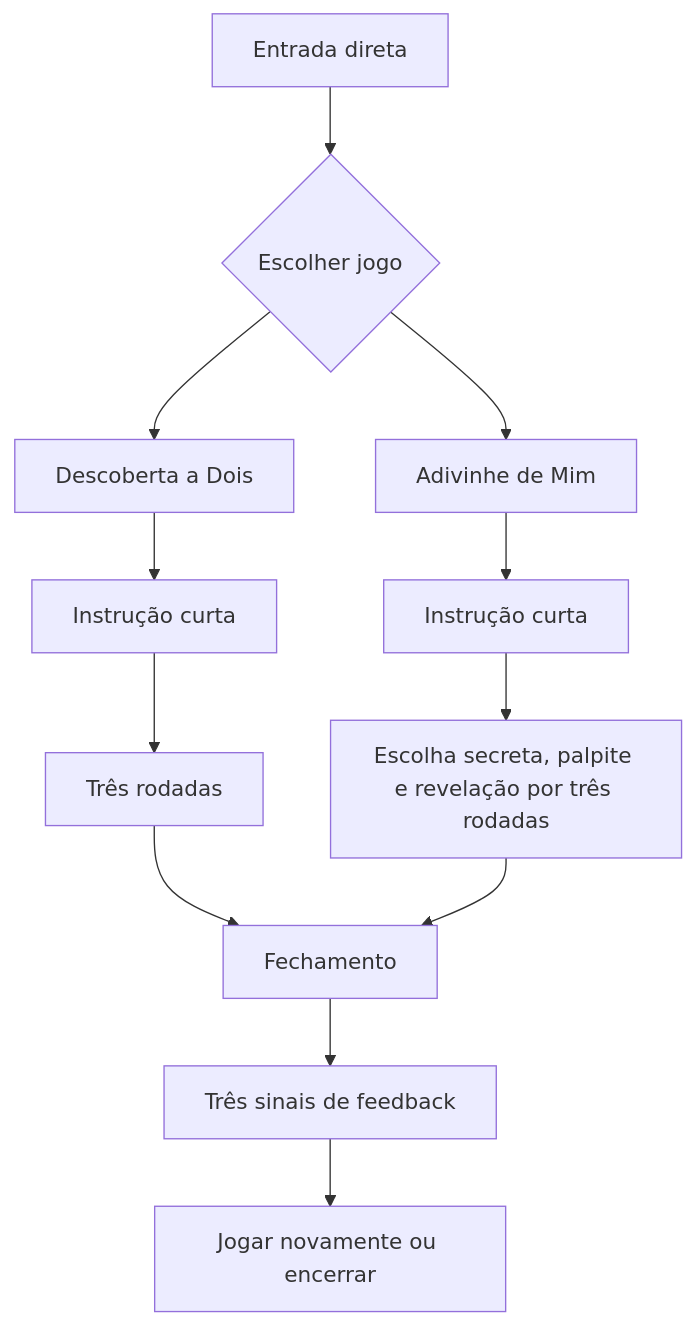
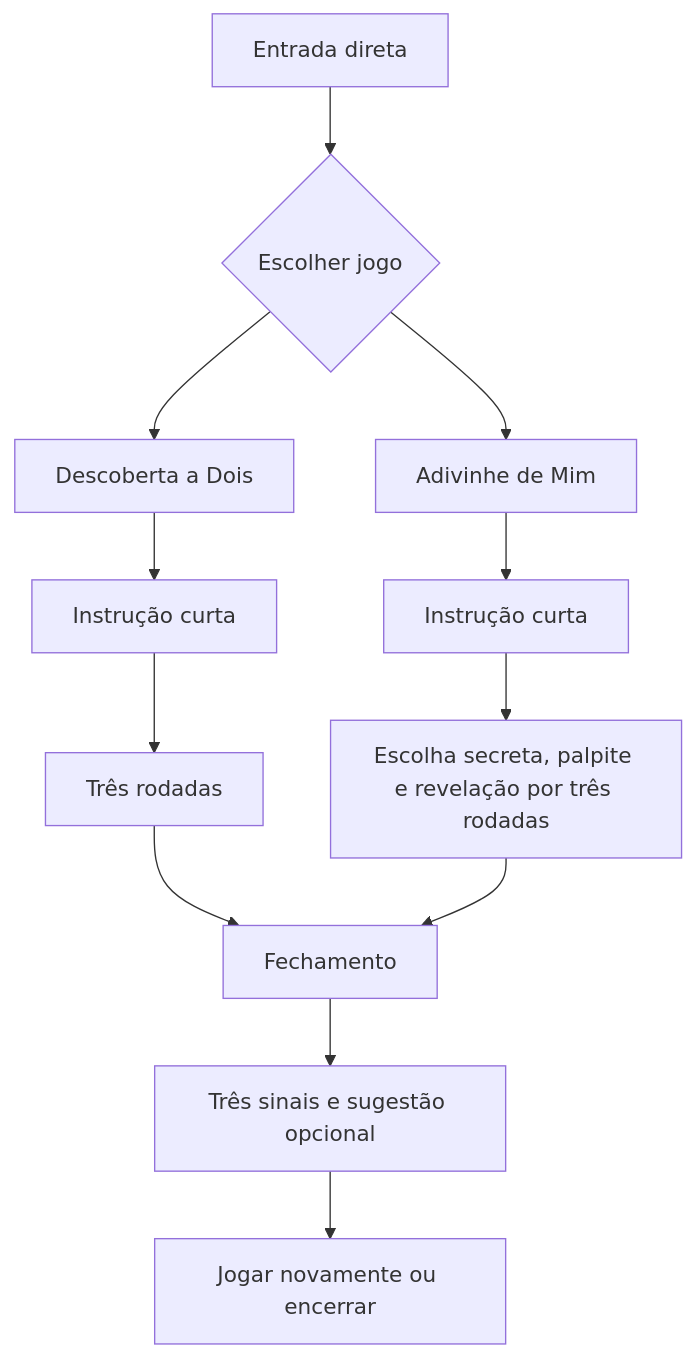
Before and after one commit to tatyelopes/APPDOAMOR: the diagram in docs/FLUXO-MPV.md, drawn with Mermaid. The commit also changed other lines of this file and 28 other files, not shown here.

````diff
--- a/docs/FLUXO-MPV.md
+++ b/docs/FLUXO-MPV.md
@@ -13,14 +13,14 @@
 ```mermaid
 flowchart TD
     A[Entrada direta] --> B{Escolher jogo}
     B --> C[Descoberta a Dois]
     B --> D[Adivinhe de Mim]
     C --> E[Instrução curta]
     D --> F[Instrução curta]
     E --> G[Três rodadas]
     F --> H[Escolha secreta, palpite e revelação por três rodadas]
     G --> I[Fechamento]
     H --> I
-    I --> J[Três sinais de feedback]
+    I --> J[Três sinais e sugestão opcional]
     J --> K[Jogar novamente ou encerrar]
 ```
````
